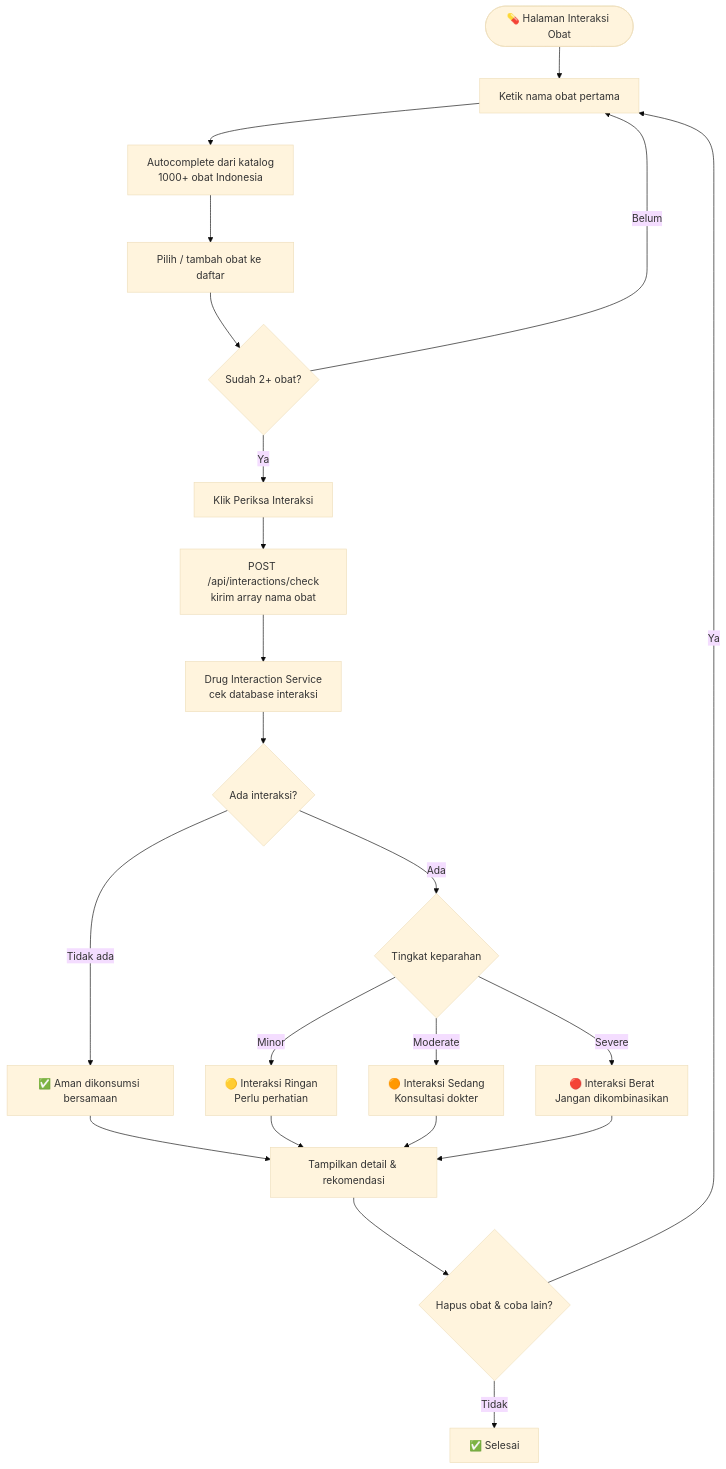
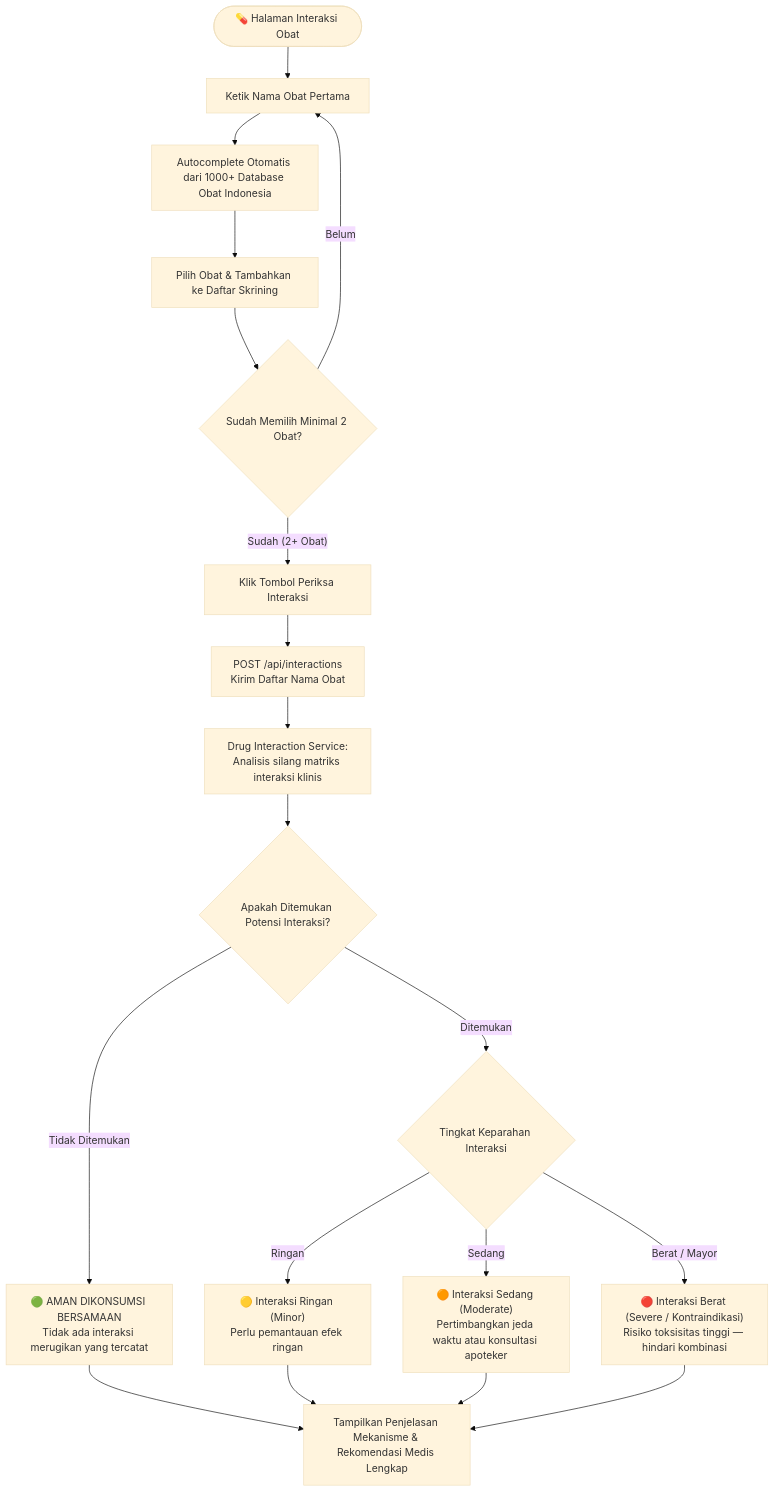
Before and after one commit to rifqiaunur666/pharmashield-project: the fifth of 8 diagrams in README.md, drawn with Mermaid (base theme). The commit also changed other lines of this file, not shown here.

````diff
--- a/README.md
+++ b/README.md
@@ -285,21 +307,21 @@
 ```mermaid
 flowchart TD
-    A([💊 Halaman Interaksi Obat]) --> B[Ketik nama obat pertama]
-    B --> C["Autocomplete dari katalog<br/>1000+ obat Indonesia"]
-    C --> D[Pilih / tambah obat ke daftar]
-    D --> E{Sudah 2+ obat?}
+    A([💊 Halaman Interaksi Obat]) --> B[Ketik Nama Obat Pertama]
+    B --> C["Autocomplete Otomatis dari 1000+ Database Obat Indonesia"]
+    C --> D[Pilih Obat & Tambahkan ke Daftar Skrining]
+    D --> E{Sudah Memilih Minimal 2 Obat?}
     E -- Belum --> B
-    E -- Ya --> F[Klik Periksa Interaksi]
-    F --> G["POST /api/interactions/check<br/>kirim array nama obat"]
-    G --> H["Drug Interaction Service<br/>cek database interaksi"]
-    H --> I{Ada interaksi?}
-    I -- Tidak ada --> J[✅ Aman dikonsumsi bersamaan]
-    I -- Ada --> K{Tingkat keparahan}
-    K -- Minor --> L["🟡 Interaksi Ringan<br/>Perlu perhatian"]
-    K -- Moderate --> M["🟠 Interaksi Sedang<br/>Konsultasi dokter"]
-    K -- Severe --> N["🔴 Interaksi Berat<br/>Jangan dikombinasikan"]
-    J & L & M & N --> O[Tampilkan detail & rekomendasi]
-    O --> P{Hapus obat & coba lain?}
-    P -- Ya --> B
-    P -- Tidak --> Q[✅ Selesai]
+    E -- Sudah (2+ Obat) --> F[Klik Tombol Periksa Interaksi]
+    
+    F --> G["POST /api/interactions<br/>Kirim Daftar Nama Obat"]
+    G --> H["Drug Interaction Service:<br/>Analisis silang matriks interaksi klinis"]
+    
+    H --> I{Apakah Ditemukan Potensi Interaksi?}
+    I -- Tidak Ditemukan --> J["🟢 AMAN DIKONSUMSI BERSAMAAN<br/>Tidak ada interaksi merugikan yang tercatat"]
+    I -- Ditemukan --> K{Tingkat Keparahan Interaksi}
+    K -- Ringan --> L["🟡 Interaksi Ringan (Minor)<br/>Perlu pemantauan efek ringan"]
+    K -- Sedang --> M["🟠 Interaksi Sedang (Moderate)<br/>Pertimbangkan jeda waktu atau konsultasi apoteker"]
+    K -- Berat / Mayor --> N["🔴 Interaksi Berat (Severe / Kontraindikasi)<br/>Risiko toksisitas tinggi — hindari kombinasi"]
+    
+    J & L & M & N --> O["Tampilkan Penjelasan Mekanisme & Rekomendasi Medis Lengkap"]
 ```
````
